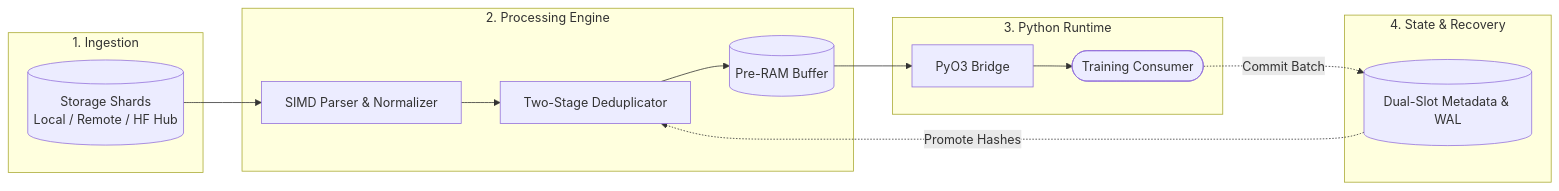
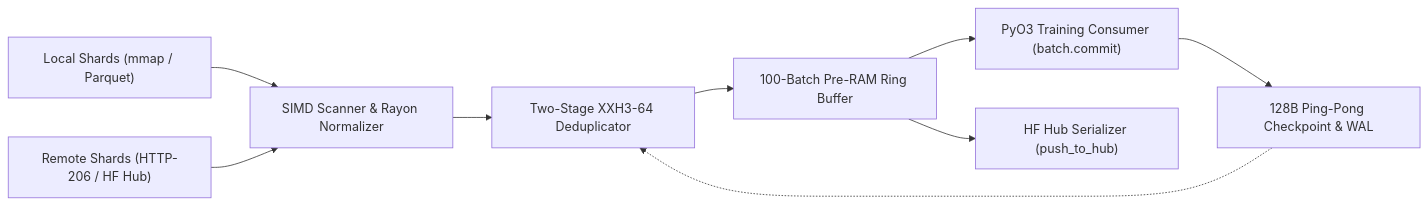
The diagram in dataloader/README.md (cloverx-id/luminamoon), drawn with Mermaid before and after one commit. The commit also changed other lines of this file and 49 other files, not shown here.

Commit message:
change diagram style

````diff
--- a/dataloader/README.md
+++ b/dataloader/README.md
@@ -25,23 +23,11 @@
 ```mermaid
 flowchart LR
-    subgraph Ingestion["1. Ingestion"]
-        Sources[("Storage Shards\nLocal / Remote / HF Hub")]
-    end
-
-    subgraph Processing["2. Processing Engine"]
-        SIMD["SIMD Parser & Normalizer"] --> Dedup["Two-Stage Deduplicator"]
-        Dedup --> PreRam[("Pre-RAM Buffer")]
-    end
-
-    subgraph Runtime["3. Python Runtime"]
-        PreRam --> Bridge["PyO3 Bridge"]
-        Bridge --> Consumer(["Training Consumer"])
-    end
-
-    subgraph Storage["4. State & Recovery"]
-        Consumer -.->|"Commit Batch"| Checkpoint[("Dual-Slot Metadata & WAL")]
-        Checkpoint -.->|"Promote Hashes"| Dedup
-    end
-
-    Sources --> SIMD
+    Local["Local Shards (mmap / Parquet)"] --> SIMD["SIMD Scanner & Rayon Normalizer"]
+    Remote["Remote Shards (HTTP-206 / HF Hub)"] --> SIMD
+    SIMD --> Dedup["Two-Stage XXH3-64 Deduplicator"]
+    Dedup --> PreRam["100-Batch Pre-RAM Ring Buffer"]
+    PreRam --> Consumer["PyO3 Training Consumer (batch.commit)"]
+    PreRam --> Hub["HF Hub Serializer (push_to_hub)"]
+    Consumer --> Checkpoint["128B Ping-Pong Checkpoint & WAL"]
+    Checkpoint -.-> Dedup
 ```
````
